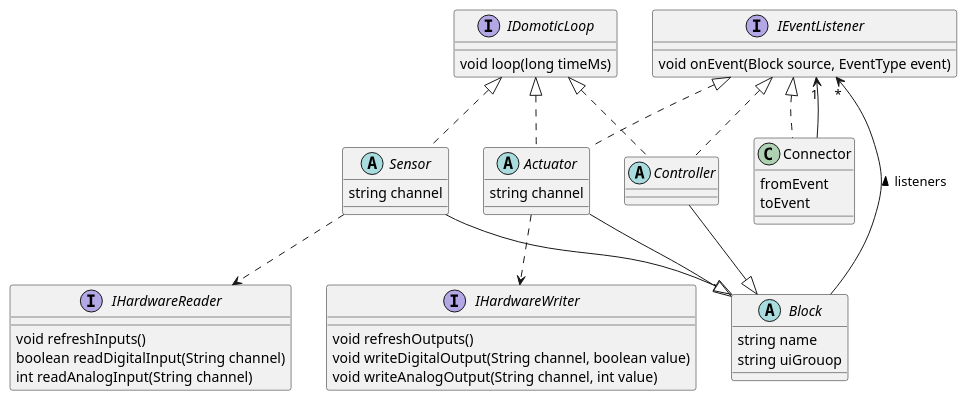
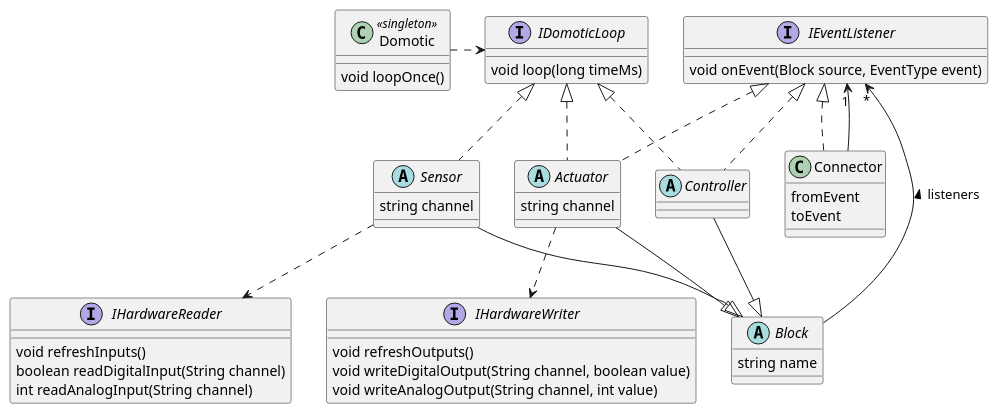
The fourth of 8 diagrams in DESIGN.md (dvaneynde/home-automation), drawn with PlantUML before and after one commit. The commit also changed other lines of this file and 1 other file, not shown here.

````diff
--- a/DESIGN.md
+++ b/DESIGN.md
@@ -453,68 +356,70 @@
 ```plantuml
 @startuml
+class Domotic <<singleton>> {
+    void loopOnce()
+}
 
 abstract class Block {
     string name
-    string uiGrouop
 }
 
 interface IDomoticLoop {
     void loop(long timeMs)
 }
+Domotic .> IDomoticLoop
 
 interface IEventListener {
     void onEvent(Block source, EventType event)
 }
 
 abstract class Sensor  {
     string channel
 }
 
 abstract class Controller {
 
 }
 
 abstract class Actuator {
     string channel
 }
 
 class Connector {
     fromEvent
     toEvent
 }
 IEventListener <|.. Connector
 IEventListener "1" <-- Connector
 
 interface IHardwareReader {
     void refreshInputs()
     boolean readDigitalInput(String channel)
     int readAnalogInput(String channel)
 
 }
 
 interface IHardwareWriter {
     void refreshOutputs()
     void writeDigitalOutput(String channel, boolean value)
     void writeAnalogOutput(String channel, int value)
 
 }
 
 IDomoticLoop <|.. Sensor
 IDomoticLoop <|.. Controller
 IEventListener <|.. Controller
 IDomoticLoop <|.. Actuator
 IEventListener <|.. Actuator
 
 Sensor ..> IHardwareReader
 
 Sensor --|> Block
 Controller --|> Block
 Actuator --|> Block
 
 Actuator ..> IHardwareWriter
 
 IEventListener "*" <-- Block  : listeners <
 
-
 @enduml
 ```
````
